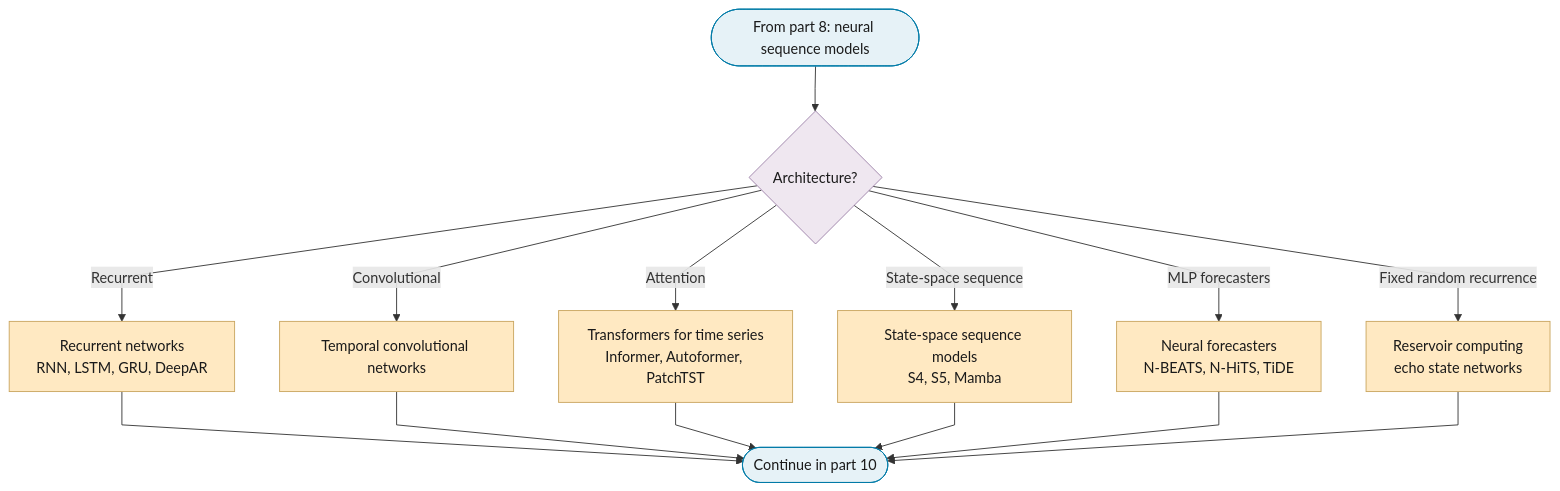
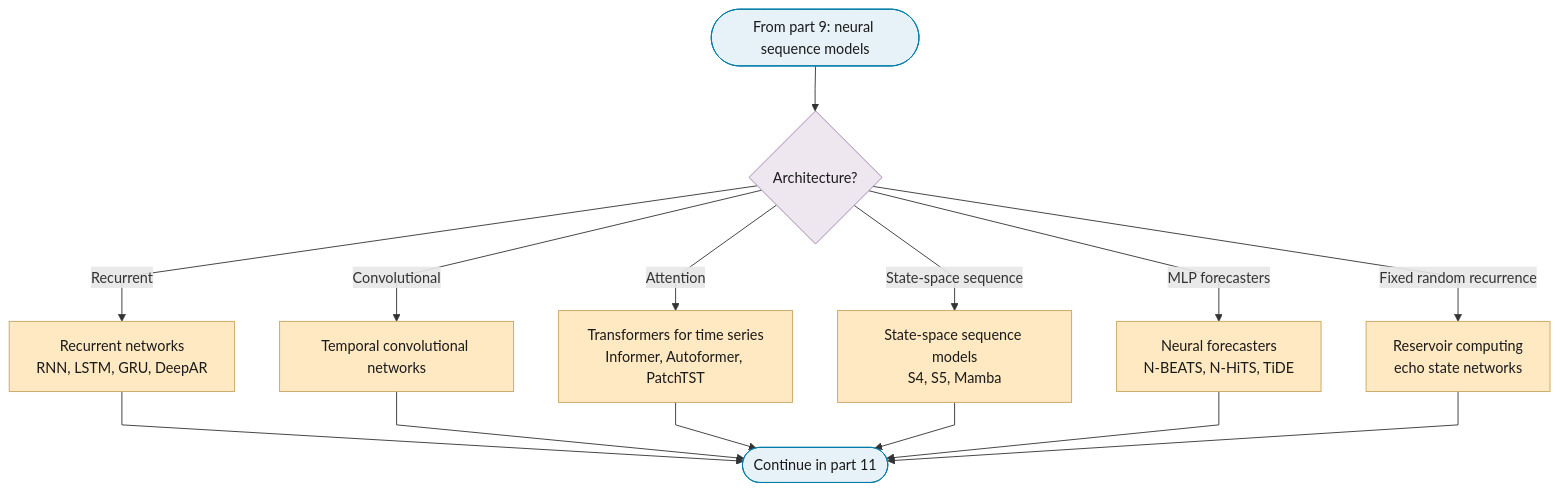
One commit to Shuxin-Y/time-series-analysis-manual changed the tenth of 12 diagrams in docs/01-workflow/p06-mean-model-class.md. Above: the diagram before and after it, drawn with Mermaid. The commit also changed other lines of this file and 10 other files, not shown here.

````diff
--- a/docs/01-workflow/p06-mean-model-class.md
+++ b/docs/01-workflow/p06-mean-model-class.md
@@ -250,23 +275,23 @@
 ```mermaid
 %%{init: {"flowchart": {"curve": "linear"}}}%%
 graph TD
-    P6_PART_9_IN(["From part 8: neural sequence models"]) --> P6_ML_NEURAL{"Architecture?"}
+    P6_PART_10_IN(["From part 9: neural sequence models"]) --> P6_ML_NEURAL{"Architecture?"}
     P6_ML_NEURAL -->|"Recurrent"| P6_RNN["Recurrent networks<br/>RNN, LSTM, GRU, DeepAR"]
     P6_ML_NEURAL -->|"Convolutional"| P6_TCN["Temporal convolutional networks"]
     P6_ML_NEURAL -->|"Attention"| P6_TRANSFORMERS["Transformers for time series<br/>Informer, Autoformer, PatchTST"]
     P6_ML_NEURAL -->|"State-space sequence"| P6_SSM_SEQUENCE["State-space sequence models<br/>S4, S5, Mamba"]
     P6_ML_NEURAL -->|"MLP forecasters"| P6_NEURAL_FORECASTERS["Neural forecasters<br/>N-BEATS, N-HiTS, TiDE"]
     P6_ML_NEURAL -->|"Fixed random recurrence"| P6_RESERVOIR["Reservoir computing<br/>echo state networks"]
-    P6_RNN & P6_TCN & P6_TRANSFORMERS & P6_SSM_SEQUENCE & P6_NEURAL_FORECASTERS & P6_RESERVOIR --> P6_PART_9_OUT(["Continue in part 10"])
+    P6_RNN & P6_TCN & P6_TRANSFORMERS & P6_SSM_SEQUENCE & P6_NEURAL_FORECASTERS & P6_RESERVOIR --> P6_PART_10_OUT(["Continue in part 11"])
     class P6_RNN,P6_TCN,P6_TRANSFORMERS,P6_SSM_SEQUENCE,P6_NEURAL_FORECASTERS,P6_RESERVOIR escalate
-    class P6_PART_9_IN,P6_PART_9_OUT terminator
+    class P6_PART_10_IN,P6_PART_10_OUT terminator
     class P6_ML_NEURAL decision
     classDef terminator fill:#E6F2F7,stroke:#007BA7,color:#1A1A1A;
     classDef process fill:#FFFFFF,stroke:#5A6B73,color:#1A1A1A;
     classDef decision fill:#EFE7F0,stroke:#9B7FA7,color:#1A1A1A;
     classDef data fill:#FFF4E0,stroke:#C9A55E,color:#1A1A1A;
     classDef good fill:#DCEFD8,stroke:#4A7A3F,color:#1A1A1A;
     classDef escalate fill:#FFE9C2,stroke:#C9A55E,color:#1A1A1A;
     classDef problem fill:#F2D9DE,stroke:#800020,color:#1A1A1A;
     classDef ref fill:#F7F7F7,stroke:#5A6B73,color:#1A1A1A,stroke-dasharray:4 3;
 ```
````
